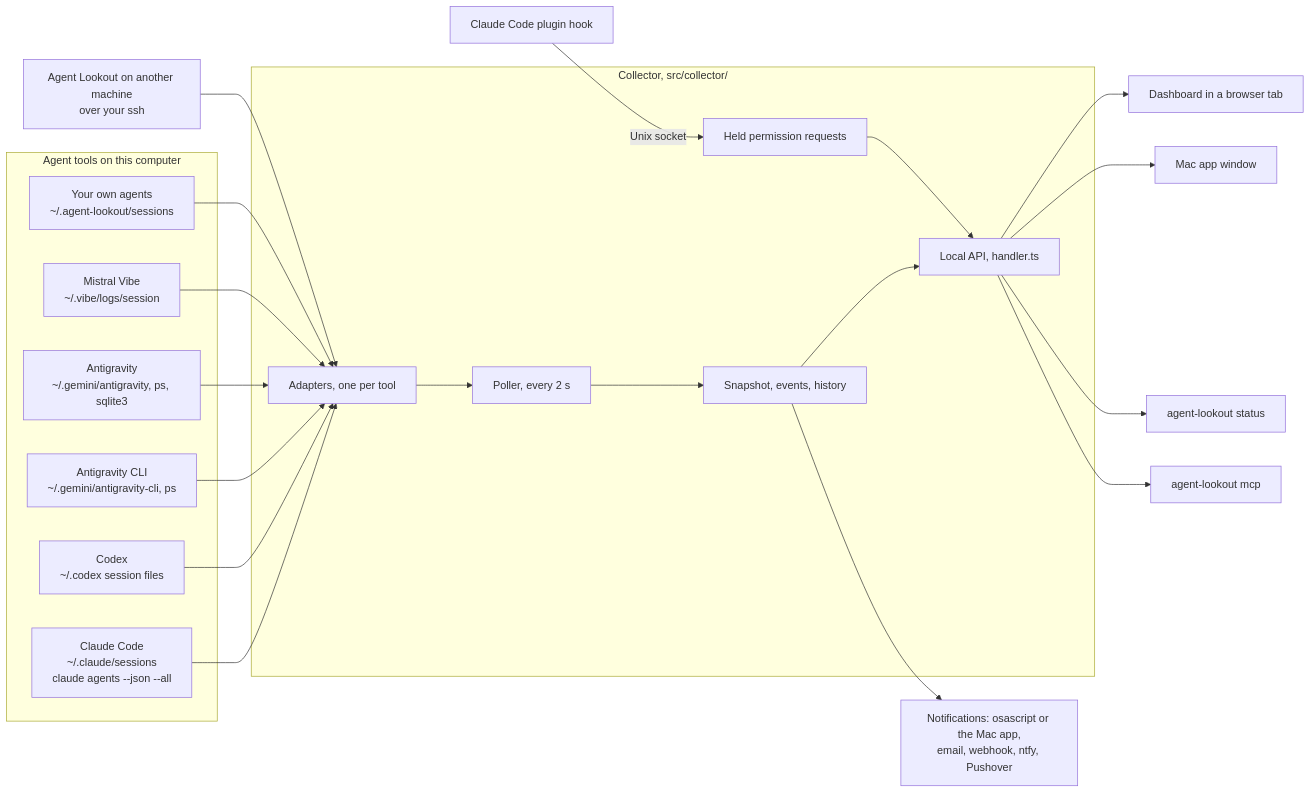
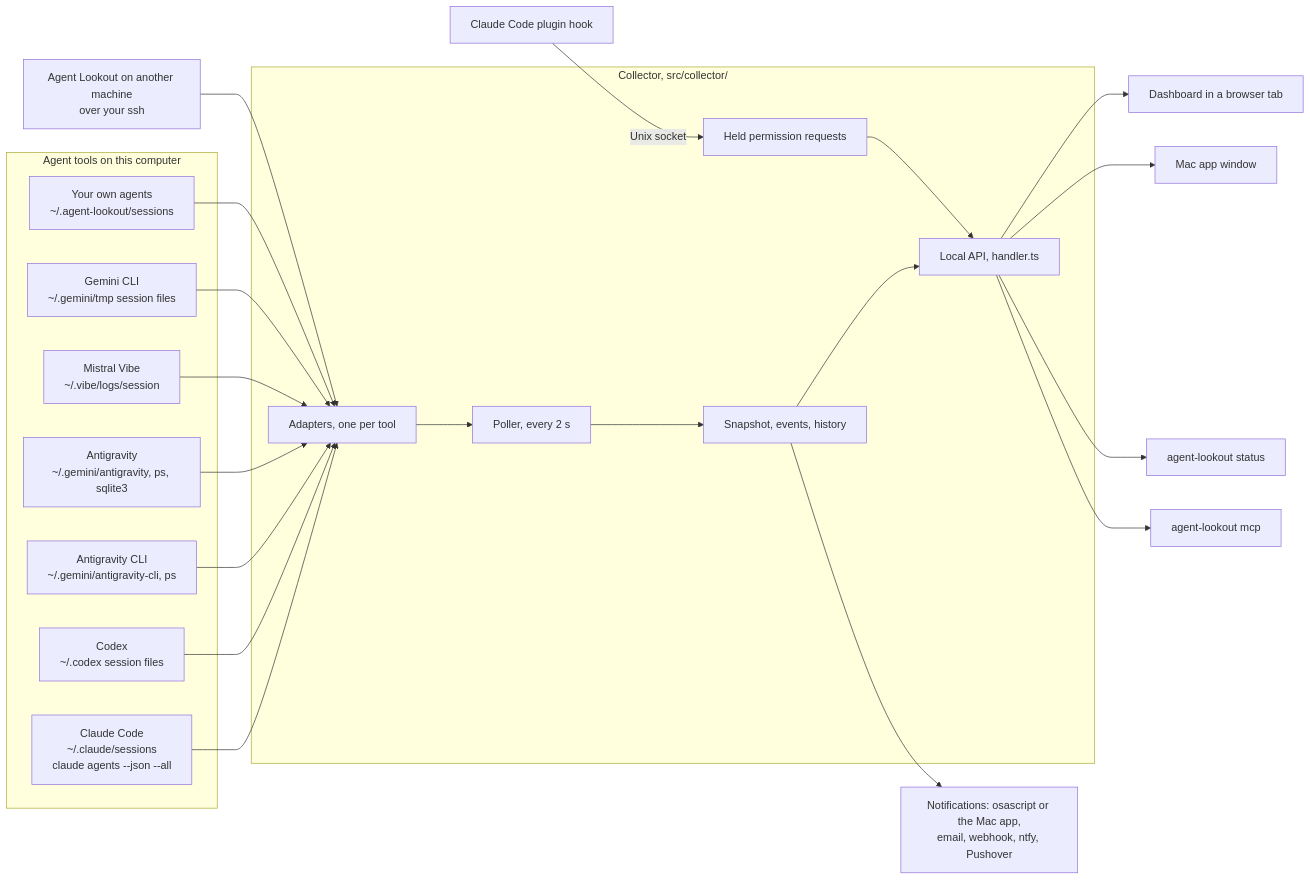
Before and after one commit to Olanetsoft/agent-lookout: the first of 4 diagrams in docs/TOUR.md, drawn with Mermaid. The commit also changed other lines of this file and 88 other files, not shown here.

First line of the commit message:
Add Gemini CLI as a source: its sessions, read-only, with working and idle

````diff
--- a/docs/TOUR.md
+++ b/docs/TOUR.md
@@ -29,35 +29,37 @@
 ```mermaid
 flowchart LR
   subgraph tools["Agent tools on this computer"]
     cc["Claude Code<br/>~/.claude/sessions<br/>claude agents --json --all"]
     cx["Codex<br/>~/.codex session files"]
     ag["Antigravity CLI<br/>~/.gemini/antigravity-cli, ps"]
     aa["Antigravity<br/>~/.gemini/antigravity, ps, sqlite3"]
     mv["Mistral Vibe<br/>~/.vibe/logs/session"]
+    gc["Gemini CLI<br/>~/.gemini/tmp session files"]
     sf["Your own agents<br/>~/.agent-lookout/sessions"]
   end
   remote["Agent Lookout on another machine<br/>over your ssh"]
   plugin["Claude Code plugin hook"]
   subgraph collector["Collector, src/collector/"]
     adapters["Adapters, one per tool"]
     poller["Poller, every 2 s"]
     snap["Snapshot, events, history"]
     api["Local API, handler.ts"]
     held["Held permission requests"]
   end
   cc --> adapters
   cx --> adapters
   ag --> adapters
   aa --> adapters
   mv --> adapters
+  gc --> adapters
   sf --> adapters
   remote --> adapters
   plugin -->|"Unix socket"| held
   adapters --> poller --> snap --> api
   held --> api
   api --> page["Dashboard in a browser tab"]
   api --> mac["Mac app window"]
   api --> status["agent-lookout status"]
   api --> mcp["agent-lookout mcp"]
   snap --> channels["Notifications: osascript or the Mac app,<br/>email, webhook, ntfy, Pushover"]
 ```
````
